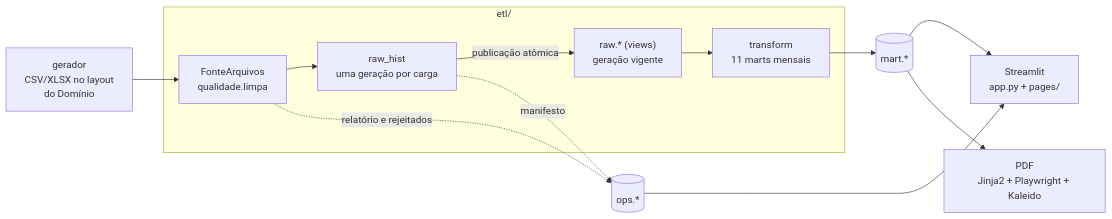
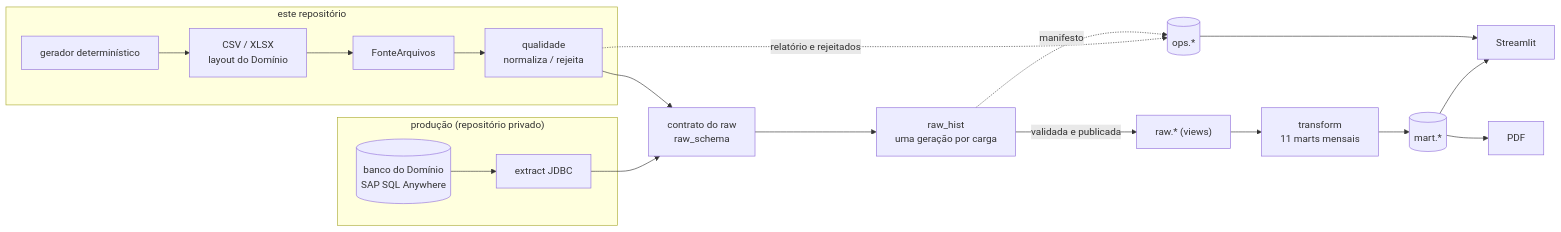
One commit to leirosjose/painel-contabil changed the diagram in README.md. Above: the diagram before and after it, drawn with Mermaid. The commit also changed other lines of this file, not shown here.

````diff
--- a/README.md
+++ b/README.md
@@ -68,15 +92,22 @@
 ```mermaid
 flowchart LR
-    G["gerador<br/>CSV/XLSX no layout<br/>do Domínio"] --> F
-    subgraph ETL ["etl/"]
-        F["FonteArquivos<br/>qualidade.limpa"] --> R["raw_hist<br/>uma geração por carga"]
-        R -->|publicação atômica| V["raw.* (views)<br/>geração vigente"]
-        V --> T["transform<br/>11 marts mensais"]
+    subgraph PRIV ["produção (repositório privado)"]
+        D[("banco do Domínio<br/>SAP SQL Anywhere")] --> X["extract JDBC"]
     end
-    F -.->|relatório e rejeitados| O[("ops.*")]
+    subgraph PUB ["este repositório"]
+        G["gerador determinístico"] --> C["CSV / XLSX<br/>layout do Domínio"]
+        C --> F["FonteArquivos"]
+        F --> Q["qualidade<br/>normaliza / rejeita"]
+    end
+    X --> K
+    Q --> K["contrato do raw<br/>raw_schema"]
+    K --> R["raw_hist<br/>uma geração por carga"]
+    R -->|validada e publicada| V["raw.* (views)"]
+    V --> T["transform<br/>11 marts mensais"]
+    T --> M[("mart.*")]
+    M --> A["Streamlit"]
+    M --> P["PDF"]
+    Q -.->|relatório e rejeitados| O[("ops.*")]
     R -.->|manifesto| O
-    T --> M[("mart.*")]
-    M --> A["Streamlit<br/>app.py + pages/"]
-    M --> P["PDF<br/>Jinja2 + Playwright + Kaleido"]
     O --> A
 ```
````
